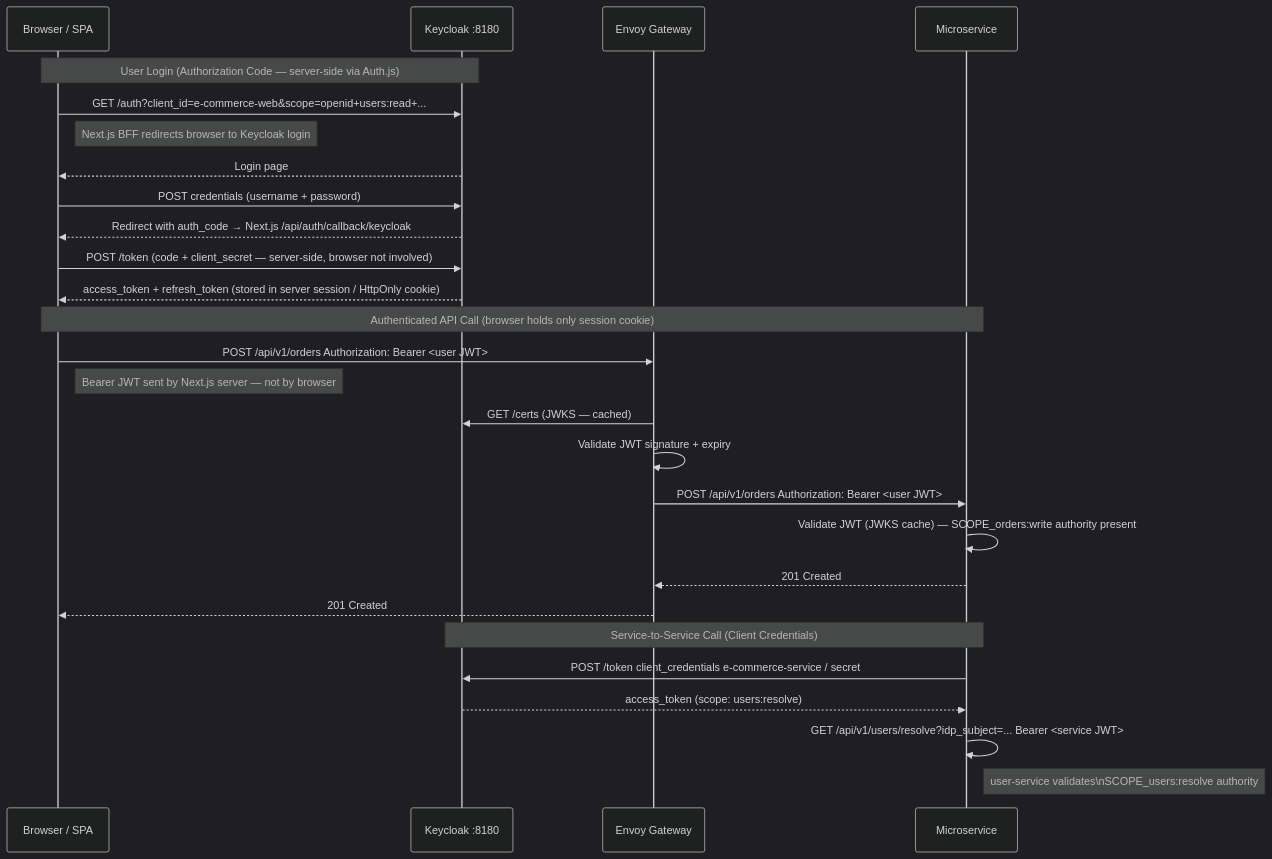
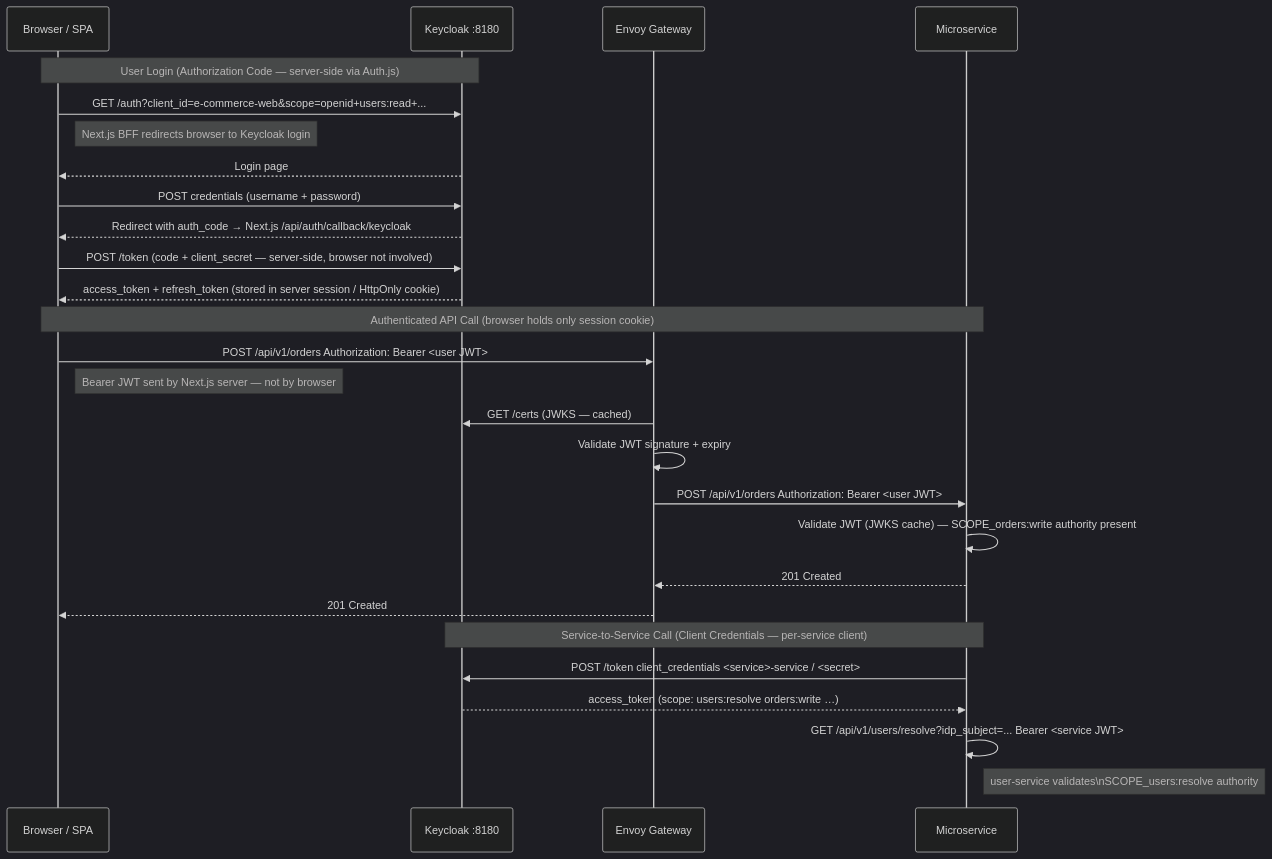
Before and after one commit to ricsanfre/spring-microservices-otel-k8s: the second of 2 diagrams in design/keycloak-configuration.md, drawn with Mermaid (dark theme). The commit also changed other lines of this file and 12 other files, not shown here.

Commit message:
Reconfiguring keycloak to have one client per microservice

````diff
--- a/design/keycloak-configuration.md
+++ b/design/keycloak-configuration.md
@@ -390,32 +423,32 @@
 ```mermaid
 sequenceDiagram
     participant SPA as Browser / SPA
     participant KC as Keycloak :8180
     participant GW as Envoy Gateway
     participant SVC as Microservice
 
     Note over SPA,KC: User Login (Authorization Code — server-side via Auth.js)
     SPA->>KC: GET /auth?client_id=e-commerce-web&scope=openid+users:read+...
     Note right of SPA: Next.js BFF redirects browser to Keycloak login
     KC-->>SPA: Login page
     SPA->>KC: POST credentials (username + password)
     KC-->>SPA: Redirect with auth_code → Next.js /api/auth/callback/keycloak
     SPA->>KC: POST /token (code + client_secret — server-side, browser not involved)
     KC-->>SPA: access_token + refresh_token (stored in server session / HttpOnly cookie)
 
     Note over SPA,SVC: Authenticated API Call (browser holds only session cookie)
     SPA->>GW: POST /api/v1/orders  Authorization: Bearer <user JWT>
     Note right of SPA: Bearer JWT sent by Next.js server — not by browser
     GW->>KC: GET /certs (JWKS — cached)
     GW->>GW: Validate JWT signature + expiry
     GW->>SVC: POST /api/v1/orders  Authorization: Bearer <user JWT>
     SVC->>SVC: Validate JWT (JWKS cache) — SCOPE_orders:write authority present
     SVC-->>GW: 201 Created
     GW-->>SPA: 201 Created
 
-    Note over SVC,KC: Service-to-Service Call (Client Credentials)
-    SVC->>KC: POST /token  client_credentials  e-commerce-service / secret
-    KC-->>SVC: access_token (scope: users:resolve)
+    Note over SVC,KC: Service-to-Service Call (Client Credentials — per-service client)
+    SVC->>KC: POST /token  client_credentials  <service>-service / <secret>
+    KC-->>SVC: access_token (scope: users:resolve orders:write …)
     SVC->>SVC: GET /api/v1/users/resolve?idp_subject=...  Bearer <service JWT>
     Note right of SVC: user-service validates\nSCOPE_users:resolve authority
 ```
````
